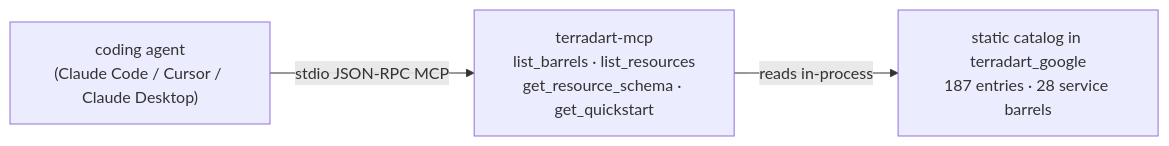
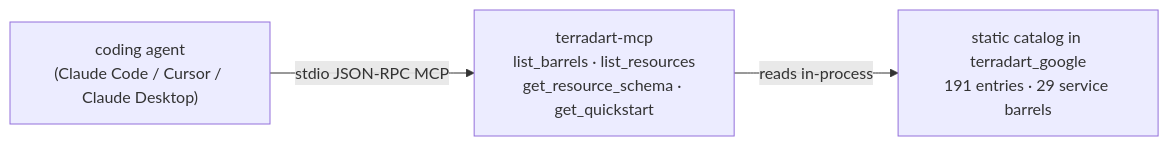
One commit to nozomi-koborinai/terradart changed the diagram in website/src/content/docs/docs/agent/index.md. Above: the diagram before and after it, drawn with Mermaid. The commit also changed other lines of this file and 60 other files, not shown here.

````diff
--- a/website/src/content/docs/docs/agent/index.md
+++ b/website/src/content/docs/docs/agent/index.md
@@ -12,8 +12,8 @@
 ```mermaid
 graph LR
   agent["coding agent<br/>(Claude Code / Cursor / Claude Desktop)"]
   mcp["terradart-mcp<br/>list_barrels · list_resources<br/>get_resource_schema · get_quickstart"]
-  catalog["static catalog in terradart_google<br/>187 entries · 28 service barrels"]
+  catalog["static catalog in terradart_google<br/>191 entries · 29 service barrels"]
   agent -->|stdio JSON-RPC MCP| mcp
   mcp -->|reads in-process| catalog
 ```
````
